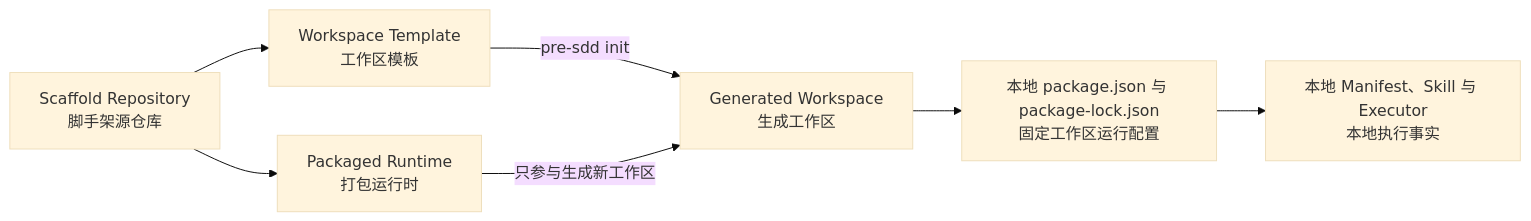
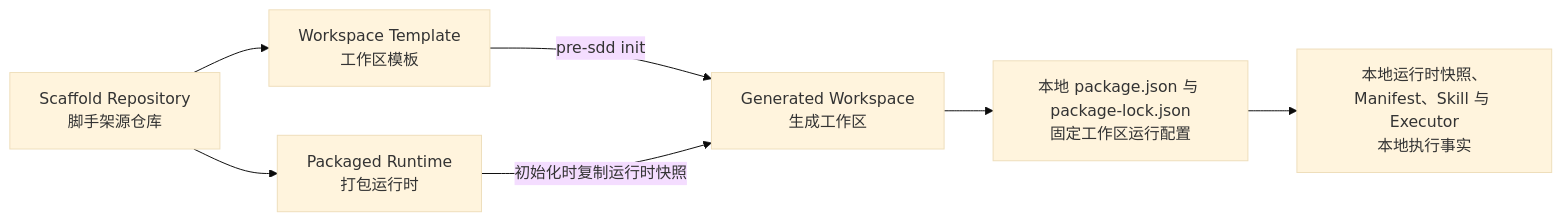
Before and after one commit to bigsmartben/pre-sdd: the second of 2 diagrams in .psp/harness/HARNESS-BOUNDARY.md, drawn with Mermaid (base theme). The commit also changed other lines of this file and 70 other files, not shown here.

Commit message:
Refactor scaffold harness and template validation flows

````diff
--- a/.psp/harness/HARNESS-BOUNDARY.md
+++ b/.psp/harness/HARNESS-BOUNDARY.md
@@ -25,9 +25,9 @@
 ```mermaid
 flowchart LR
     S["Scaffold Repository<br/>脚手架源仓库"] --> T["Workspace Template<br/>工作区模板"]
     S --> R["Packaged Runtime<br/>打包运行时"]
     T -->|"pre-sdd init"| W["Generated Workspace<br/>生成工作区"]
-    R -->|"只参与生成新工作区"| W
+    R -->|"初始化时复制运行时快照"| W
     W --> P["本地 package.json 与 package-lock.json<br/>固定工作区运行配置"]
-    P --> E["本地 Manifest、Skill 与 Executor<br/>本地执行事实"]
+    P --> E["本地运行时快照、Manifest、Skill 与 Executor<br/>本地执行事实"]
 ```
````
